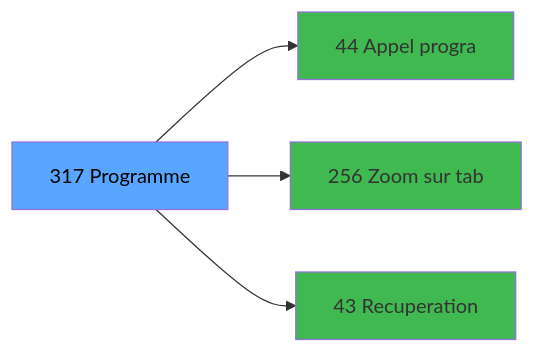
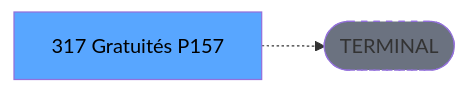
The third of 3 diagrams in .openspec/renders/ADH-IDE-317.md (thonyAGP/lecteur-magic), drawn with Mermaid before and after one commit. The commit also changed other lines of this file and 701 other files, not shown here.

````diff
--- a/.openspec/renders/ADH-IDE-317.md
+++ b/.openspec/renders/ADH-IDE-317.md
@@ -127,14 +135,8 @@
 ```mermaid
 graph LR
-    T[317 Programme]
-    C44[44 Appel progra]
-    T --> C44
-    C256[256 Zoom sur tab]
-    T --> C256
-    C43[43 Recuperation]
-    T --> C43
+    T[317 Gratuités P157]
+    TERM([TERMINAL])
+    T -.-> TERM
+    style TERM fill:#6b7280,stroke-dasharray: 5 5
     style T fill:#58a6ff,color:#000
-    style C44 fill:#3fb950
-    style C256 fill:#3fb950
-    style C43 fill:#3fb950
 ```
````
